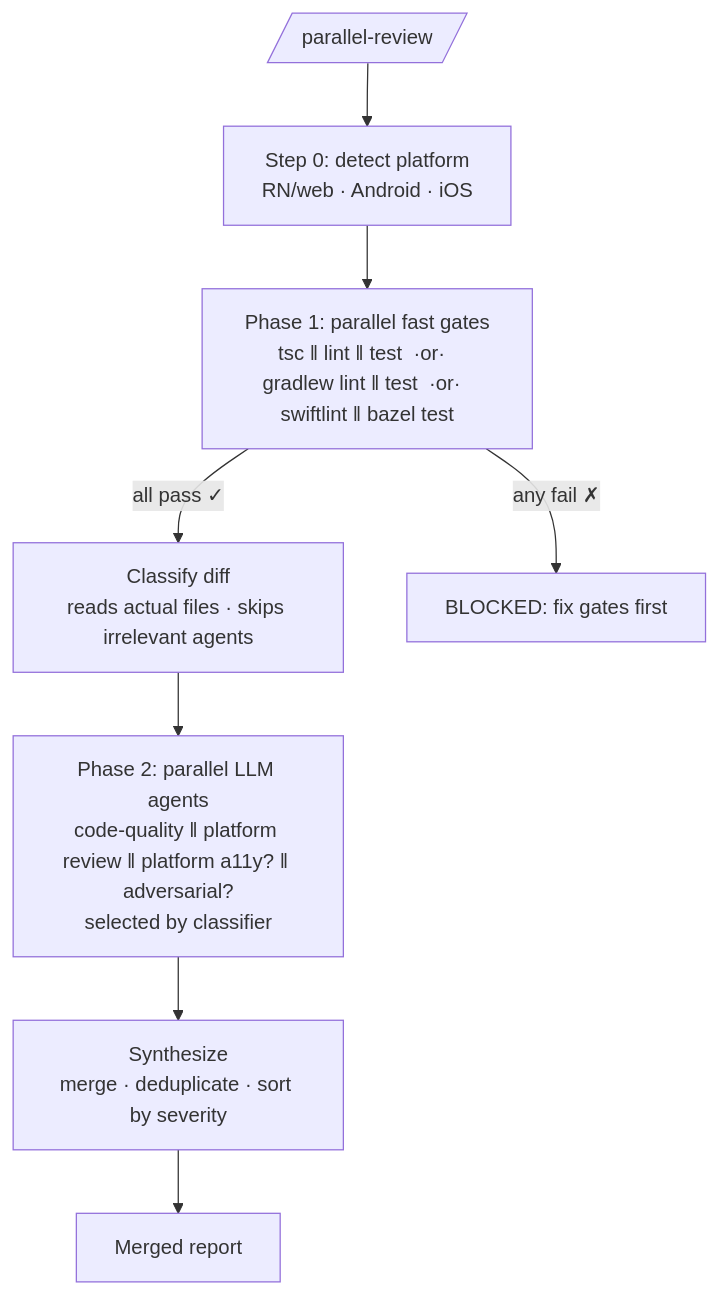
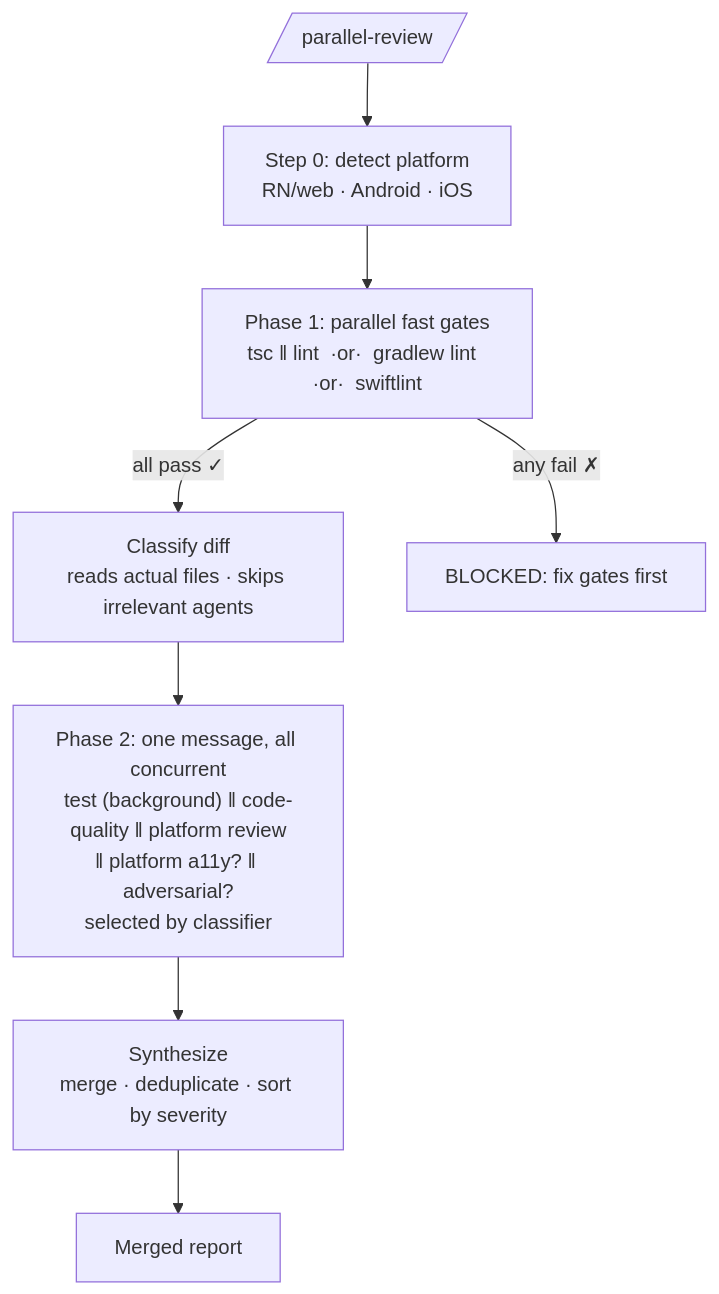
One commit to raditia/CraftKit changed the third of 14 diagrams in README.md. Above: the diagram before and after it, drawn with Mermaid. The commit also changed other lines of this file and 8 other files, not shown here.

````diff
--- a/README.md
+++ b/README.md
@@ -293,10 +283,10 @@
 ```mermaid
 flowchart TD
     A[/parallel-review/] --> P["Step 0: detect platform\nRN/web · Android · iOS"]
-    P --> B["Phase 1: parallel fast gates\ntsc ‖ lint ‖ test  ·or·  gradlew lint ‖ test  ·or·  swiftlint ‖ bazel test"]
+    P --> B["Phase 1: parallel fast gates\ntsc ‖ lint  ·or·  gradlew lint  ·or·  swiftlint"]
     B -->|all pass ✓| C["Classify diff\nreads actual files · skips irrelevant agents"]
-    C --> D["Phase 2: parallel LLM agents\ncode-quality ‖ platform review ‖ platform a11y? ‖ adversarial?\nselected by classifier"]
+    C --> D["Phase 2: one message, all concurrent\ntest (background) ‖ code-quality ‖ platform review\n‖ platform a11y? ‖ adversarial?\nselected by classifier"]
     D --> E["Synthesize\nmerge · deduplicate · sort by severity"]
     E --> F[Merged report]
     B -->|any fail ✗| G["BLOCKED: fix gates first"]
 ```
````
